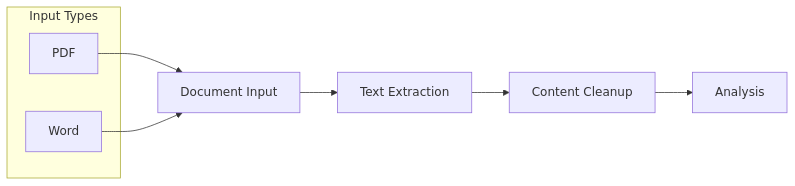
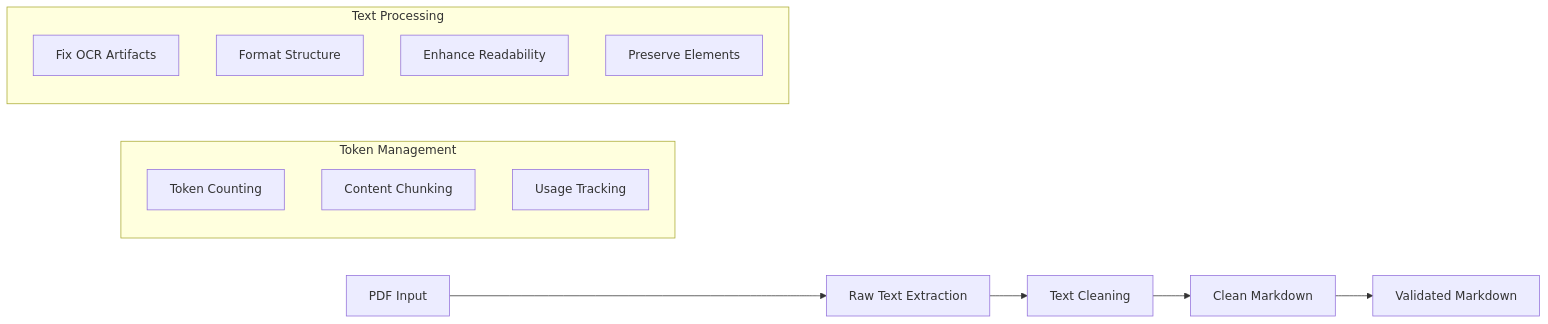
The first of 3 diagrams in masterplan.md (MarkAC007/text2pod), drawn with Mermaid before and after one commit. The commit also changed other lines of this file and 21 other files, not shown here.

````diff
--- a/masterplan.md
+++ b/masterplan.md
@@ -57,14 +63,21 @@
 ```mermaid
 flowchart LR
-    A[Document Input] --> B[Text Extraction]
-    B --> C[Content Cleanup]
-    C --> D[Analysis]
+    A[PDF Input] --> B[Raw Text Extraction]
+    B --> C[Text Cleaning]
+    C --> D[Clean Markdown]
     
-    subgraph Input Types
-        E[PDF]
-        F[Word]
+    subgraph Token Management
+        TM1[Token Counting]
+        TM2[Content Chunking]
+        TM3[Usage Tracking]
     end
     
-    E --> A
-    F --> A
+    subgraph Text Processing
+        D1[Fix OCR Artifacts]
+        D2[Format Structure]
+        D3[Enhance Readability]
+        D4[Preserve Elements]
+    end
+    
+    D --> E[Validated Markdown]
 ```
````
